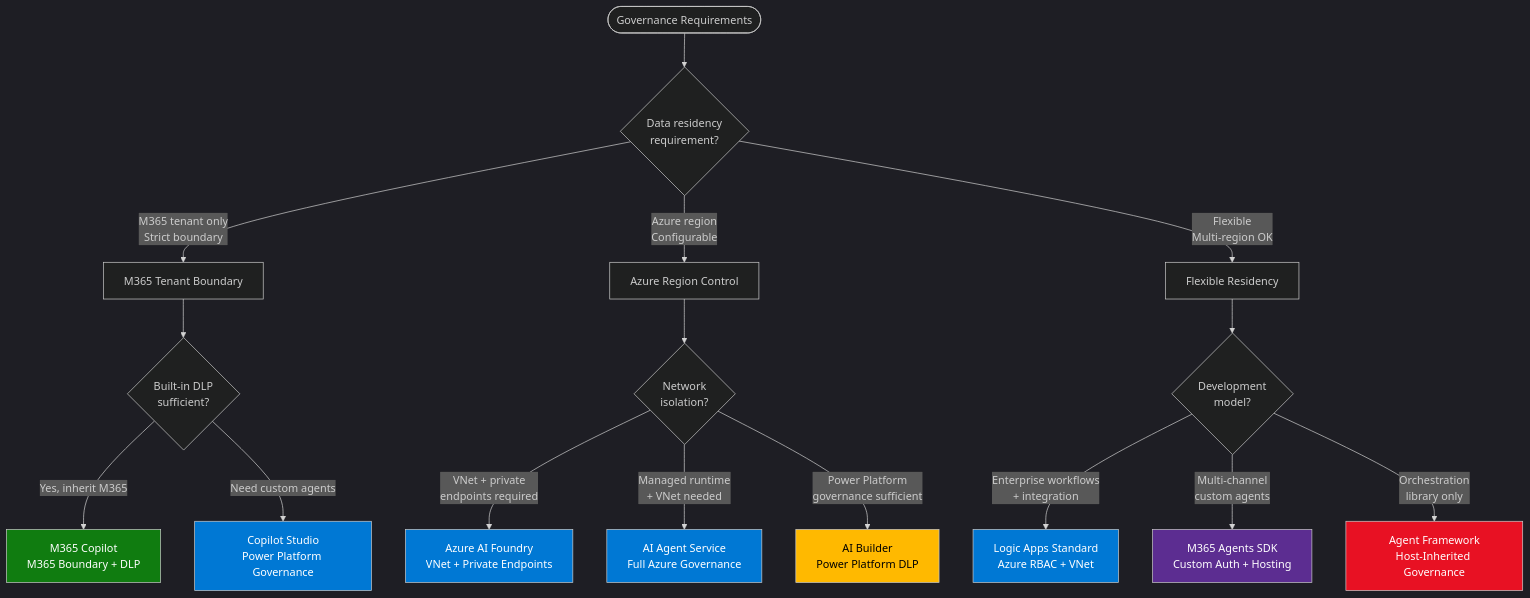
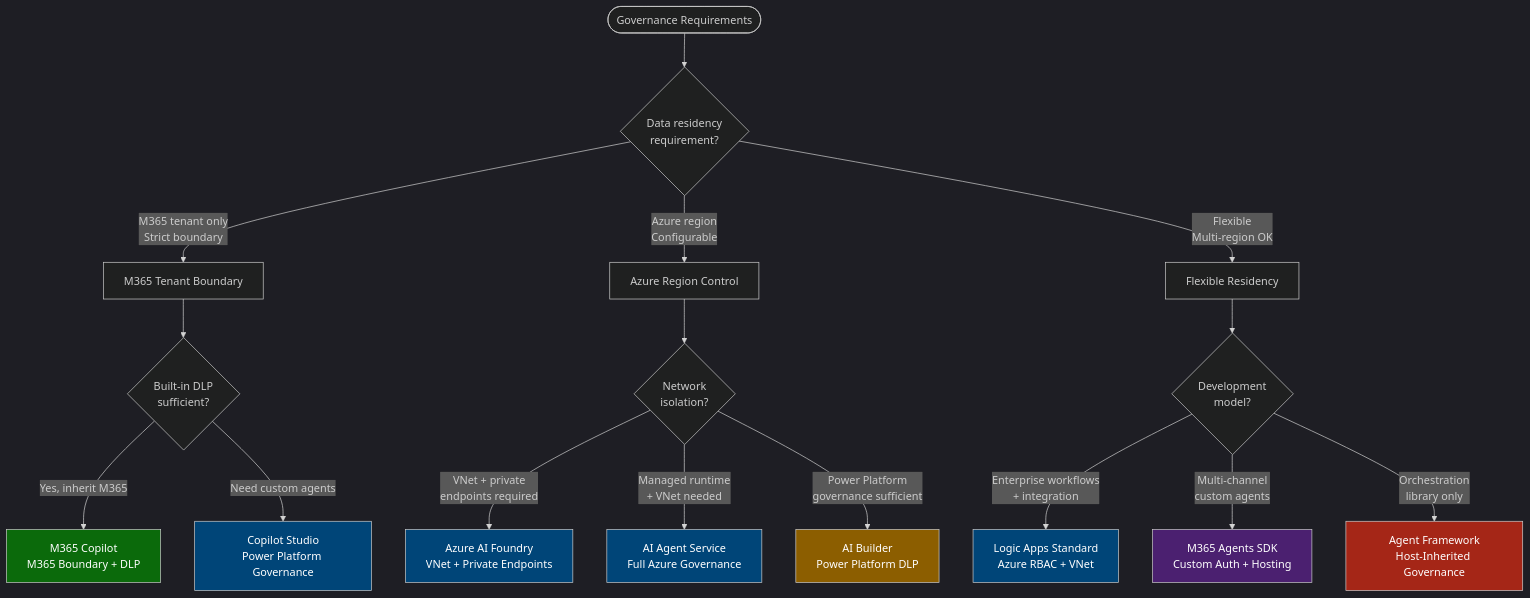
One commit to microsoft/Microsoft-AI-Decision-Framework changed the sixth of 8 diagrams in docs/visual-framework.md. Above: the diagram before and after it, drawn with Mermaid. The commit also changed other lines of this file and 11 other files, not shown here.

Commit message:
docs: refresh devcontainer guidance and mermaid palette

````diff
--- a/docs/visual-framework.md
+++ b/docs/visual-framework.md
@@ -586,32 +586,32 @@
 ```mermaid
 %%{init: {'theme':'dark'}}%%
 flowchart TD
     Start([Governance Requirements]) --> Q1{Data residency<br/>requirement?}
     
     Q1 -->|M365 tenant only<br/>Strict boundary| R1[M365 Tenant Boundary]
     Q1 -->|Azure region<br/>Configurable| R2[Azure Region Control]
     Q1 -->|Flexible<br/>Multi-region OK| R3[Flexible Residency]
     
     R1 --> Q2{Built-in DLP<br/>sufficient?}
     Q2 -->|Yes, inherit M365| G1[M365 Copilot<br/>M365 Boundary + DLP]
     Q2 -->|Need custom agents| G2[Copilot Studio<br/>Power Platform Governance]
     
     R2 --> Q3{Network<br/>isolation?}
     Q3 -->|VNet + private<br/>endpoints required| G3[Azure AI Foundry<br/>VNet + Private Endpoints]
     Q3 -->|Managed runtime<br/>+ VNet needed| G4[AI Agent Service<br/>Full Azure Governance]
     Q3 -->|Power Platform<br/>governance sufficient| G5[AI Builder<br/>Power Platform DLP]
     
     R3 --> Q4{Development<br/>model?}
     Q4 -->|Enterprise workflows<br/>+ integration| G6[Logic Apps Standard<br/>Azure RBAC + VNet]
     Q4 -->|Multi-channel<br/>custom agents| G7[M365 Agents SDK<br/>Custom Auth + Hosting]
     Q4 -->|Orchestration<br/>library only| G8[Agent Framework<br/>Host-Inherited Governance]
     
-    style G1 fill:#107C10,color:#fff
-    style G2 fill:#0078D4,color:#fff
-    style G3 fill:#0078D4,color:#fff
-    style G4 fill:#0078D4,color:#fff
-    style G5 fill:#FFB900,color:#000
-    style G6 fill:#0078D4,color:#fff
-    style G7 fill:#5C2D91,color:#fff
-    style G8 fill:#E81123,color:#fff
+    style G1 fill:#0b6a0b,color:#fff
+    style G2 fill:#004578,color:#fff
+    style G3 fill:#004578,color:#fff
+    style G4 fill:#004578,color:#fff
+    style G5 fill:#8c5e00,color:#fff
+    style G6 fill:#004578,color:#fff
+    style G7 fill:#4b2070,color:#fff
+    style G8 fill:#a52617,color:#fff
 ```
````
